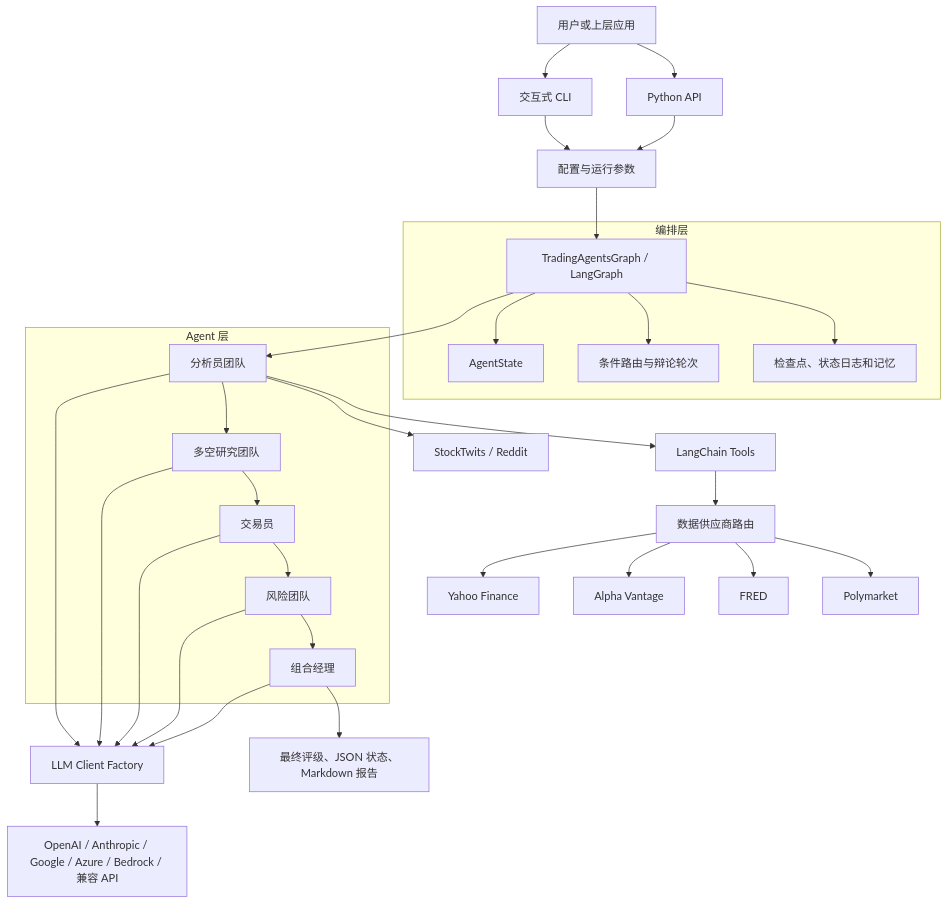
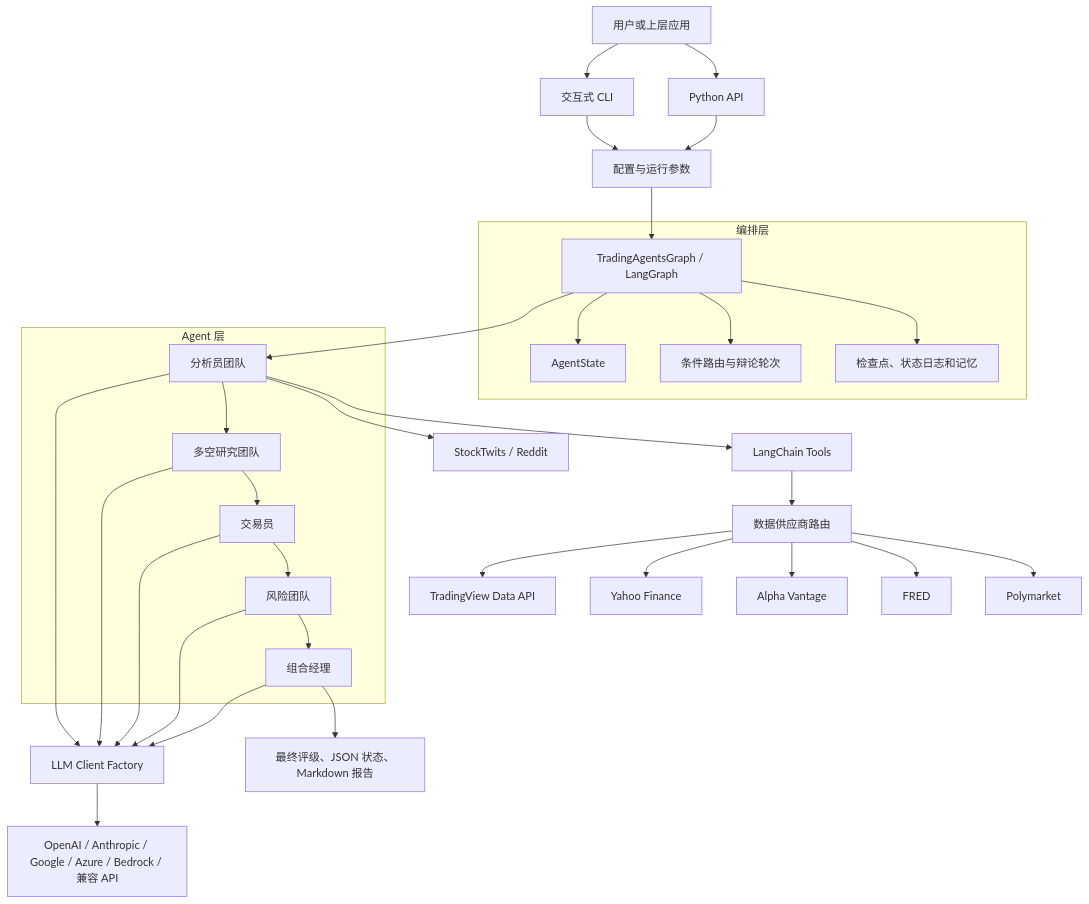
The first of 2 diagrams in tg-core/docs/PROJECT_ARCHITECTURE.md (hypier/tradingagents-report), drawn with Mermaid before and after one commit. The commit also changed other lines of this file and 3 other files, not shown here.

Commit message:
docs: document TradingView data source policy

````diff
--- a/tg-core/docs/PROJECT_ARCHITECTURE.md
+++ b/tg-core/docs/PROJECT_ARCHITECTURE.md
@@ -73,42 +73,43 @@
 ```mermaid
 flowchart TB
     U["用户或上层应用"] --> E1["交互式 CLI"]
     U --> E2["Python API"]
 
     E1 --> C["配置与运行参数"]
     E2 --> C
     C --> G["TradingAgentsGraph / LangGraph"]
 
     subgraph O["编排层"]
         G --> S["AgentState"]
         G --> R["条件路由与辩论轮次"]
         G --> P["检查点、状态日志和记忆"]
     end
 
     subgraph A["Agent 层"]
         A1["分析员团队"]
         A2["多空研究团队"]
         A3["交易员"]
         A4["风险团队"]
         A5["组合经理"]
     end
 
     G --> A1 --> A2 --> A3 --> A4 --> A5
 
     A1 --> T["LangChain Tools"]
     T --> D["数据供应商路由"]
+    D --> TV["TradingView Data API"]
     D --> Y["Yahoo Finance"]
     D --> AV["Alpha Vantage"]
     D --> F["FRED"]
     D --> PM["Polymarket"]
     A1 --> ST["StockTwits / Reddit"]
 
     A1 --> L["LLM Client Factory"]
     A2 --> L
     A3 --> L
     A4 --> L
     A5 --> L
     L --> LP["OpenAI / Anthropic / Google / Azure / Bedrock / 兼容 API"]
 
     A5 --> OUT["最终评级、JSON 状态、Markdown 报告"]
 ```
````
